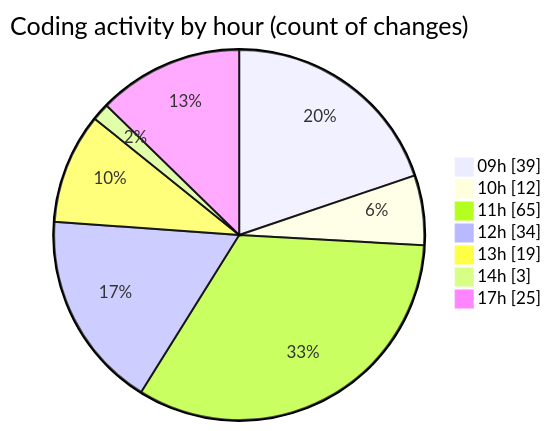
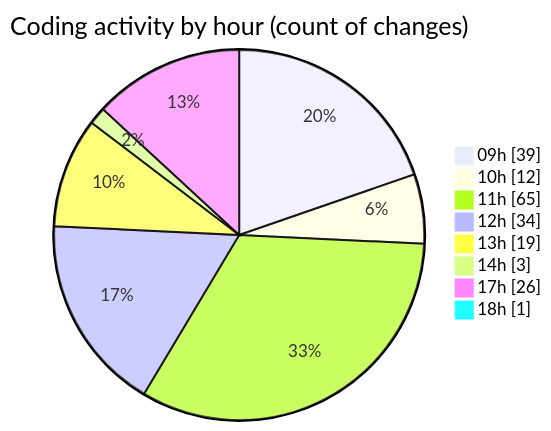
The second of 2 diagrams in 2025-03-04/cda/README.md (momahboobian/code-tracking), drawn with Mermaid before and after one commit. The commit also changed other lines of this file and 1 other file, not shown here.

````diff
--- a/2025-03-04/cda/README.md
+++ b/2025-03-04/cda/README.md
@@ -35,11 +35,12 @@
 ```mermaid
 pie showData
 title Coding activity by hour (count of changes)
 "09h" : 39
 "10h" : 12
 "11h" : 65
 "12h" : 34
 "13h" : 19
 "14h" : 3
-"17h" : 25
+"17h" : 26
+"18h" : 1
 ```
````
